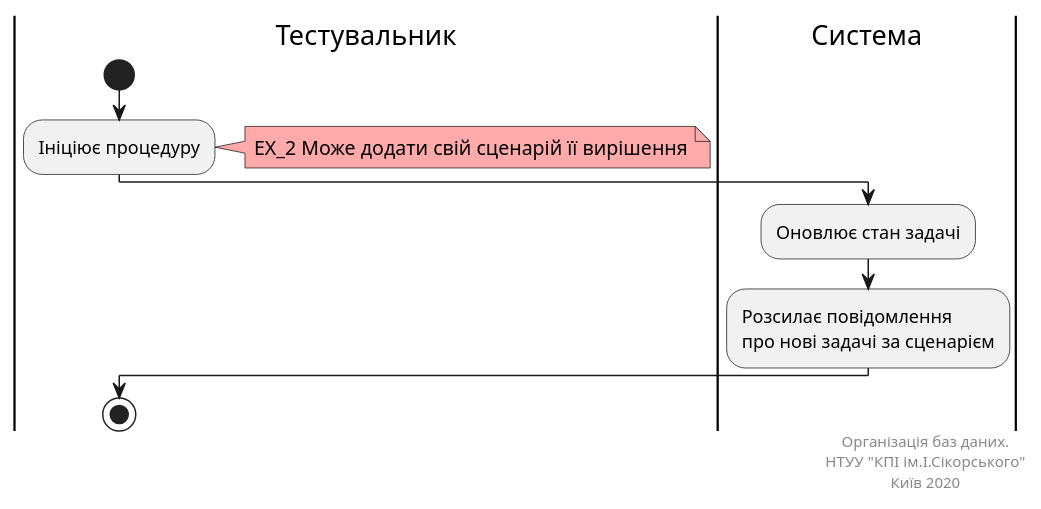
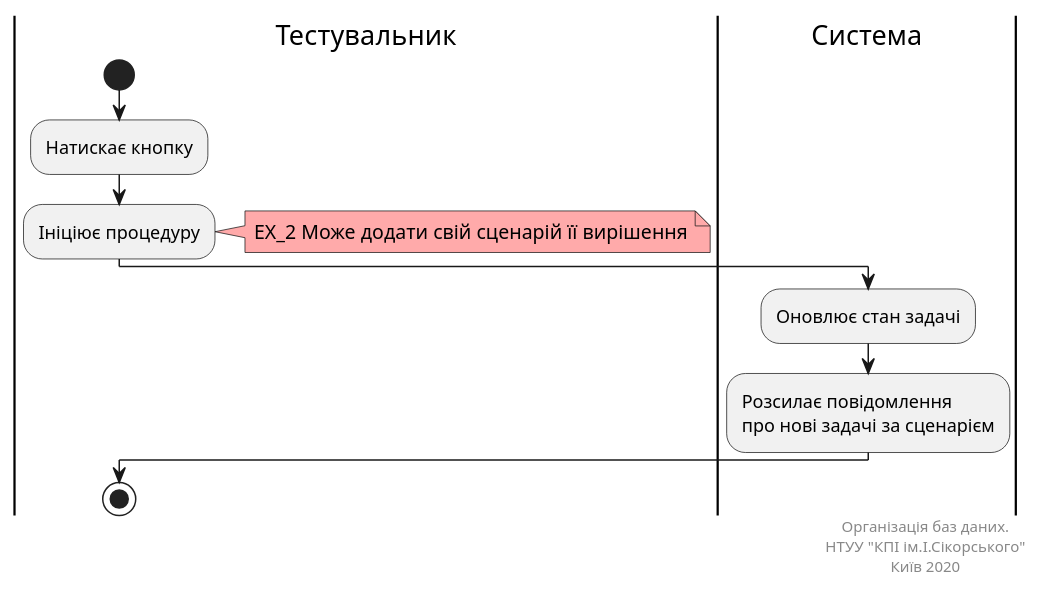
One commit to sholotiuk/pinTask changed the diagram in src/uml/UC_6.puml. Above: the diagram before and after it, drawn with PlantUML.

```diff
--- a/src/uml/UC_6.puml
+++ b/src/uml/UC_6.puml
@@ -1,24 +1,25 @@
 @startuml handleErrorsUC
 
 
 |Тестувальник|
 start
+:Натискає кнопку;
 :Ініціює процедуру;
 note right #ffaaaa
 EX_2 Може додати свій сценарій її вирішення
 end note
 
 |Система|
 :Оновлює стан задачі;
 :Розсилає повідомлення 
 про нові задачі за сценарієм;
 
 |Тестувальник|
 stop
 
 right footer
 Організація баз даних.
 НТУУ "КПІ ім.І.Сікорського"
 Київ 2020 
 end footer
 @enduml
```
